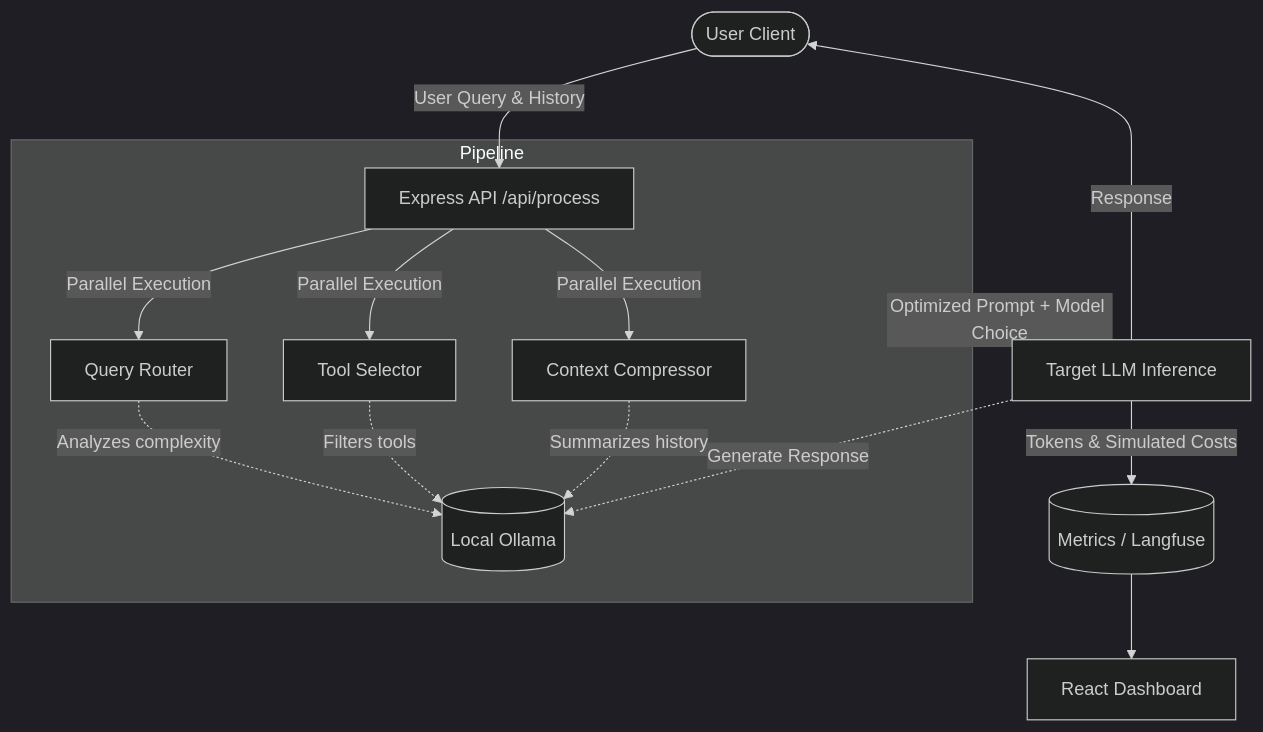
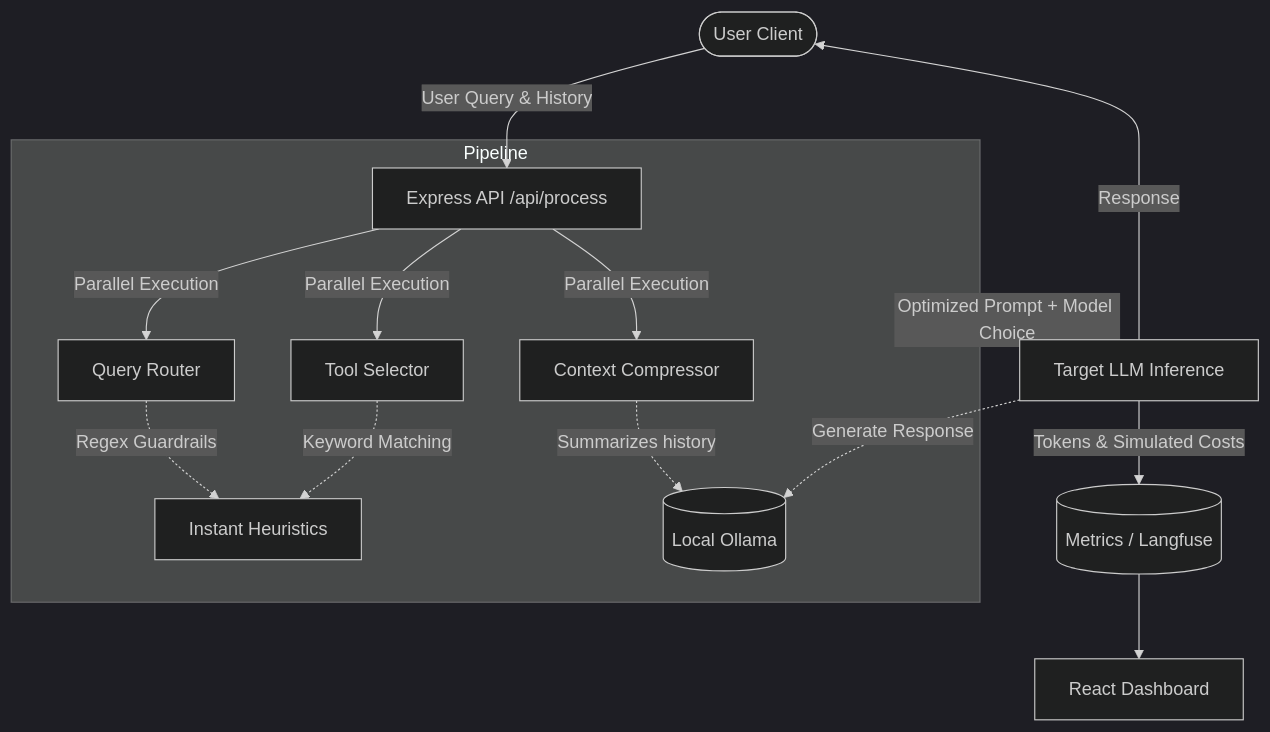
One commit to snklp-23/LLM-token-optimiser changed the diagram in README.md. Above: the diagram before and after it, drawn with Mermaid (dark theme).

````diff
--- a/README.md
+++ b/README.md
@@ -32,21 +32,21 @@
 ```mermaid
 graph TD
     User([User Client]) --> |User Query & History| API[Express API /api/process]
     
     subgraph Pipeline
     API --> |Parallel Execution| Routing[Query Router]
     API --> |Parallel Execution| Tooling[Tool Selector]
     API --> |Parallel Execution| Compression[Context Compressor]
     
-    Routing -.-> |Analyzes complexity| LocalLLM[(Local Ollama)]
-    Tooling -.-> |Filters tools| LocalLLM
-    Compression -.-> |Summarizes history| LocalLLM
+    Routing -.-> |Regex Guardrails| FastLogic[Instant Heuristics]
+    Tooling -.-> |Keyword Matching| FastLogic
+    Compression -.-> |Summarizes history| LocalLLM[(Local Ollama)]
     end
 
     Pipeline --> |Optimized Prompt + Model Choice| Inference[Target LLM Inference]
     Inference -.-> |Generate Response| LocalLLM
     Inference --> |Tokens & Simulated Costs| Metrics[(Metrics / Langfuse)]
     
     Metrics --> Dashboard[React Dashboard]
     Inference --> |Response| User
 ```
````
